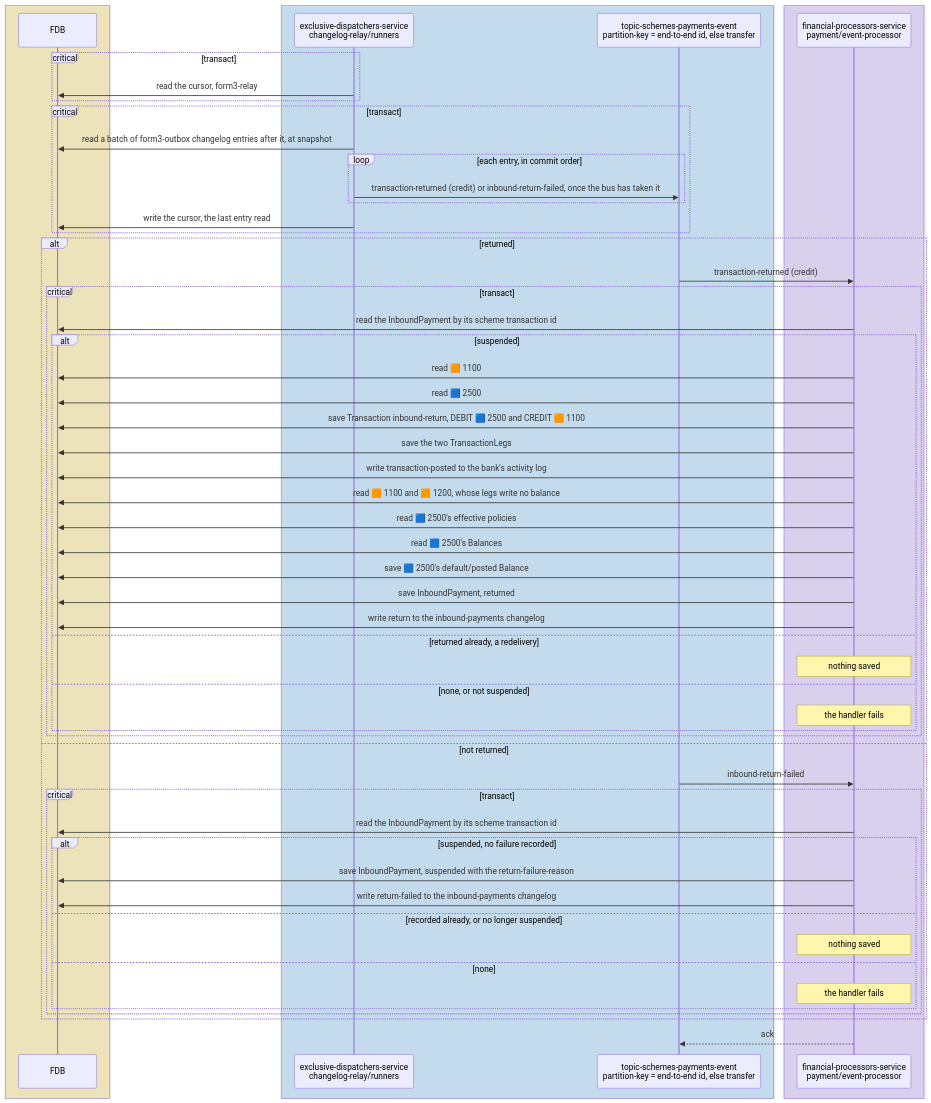
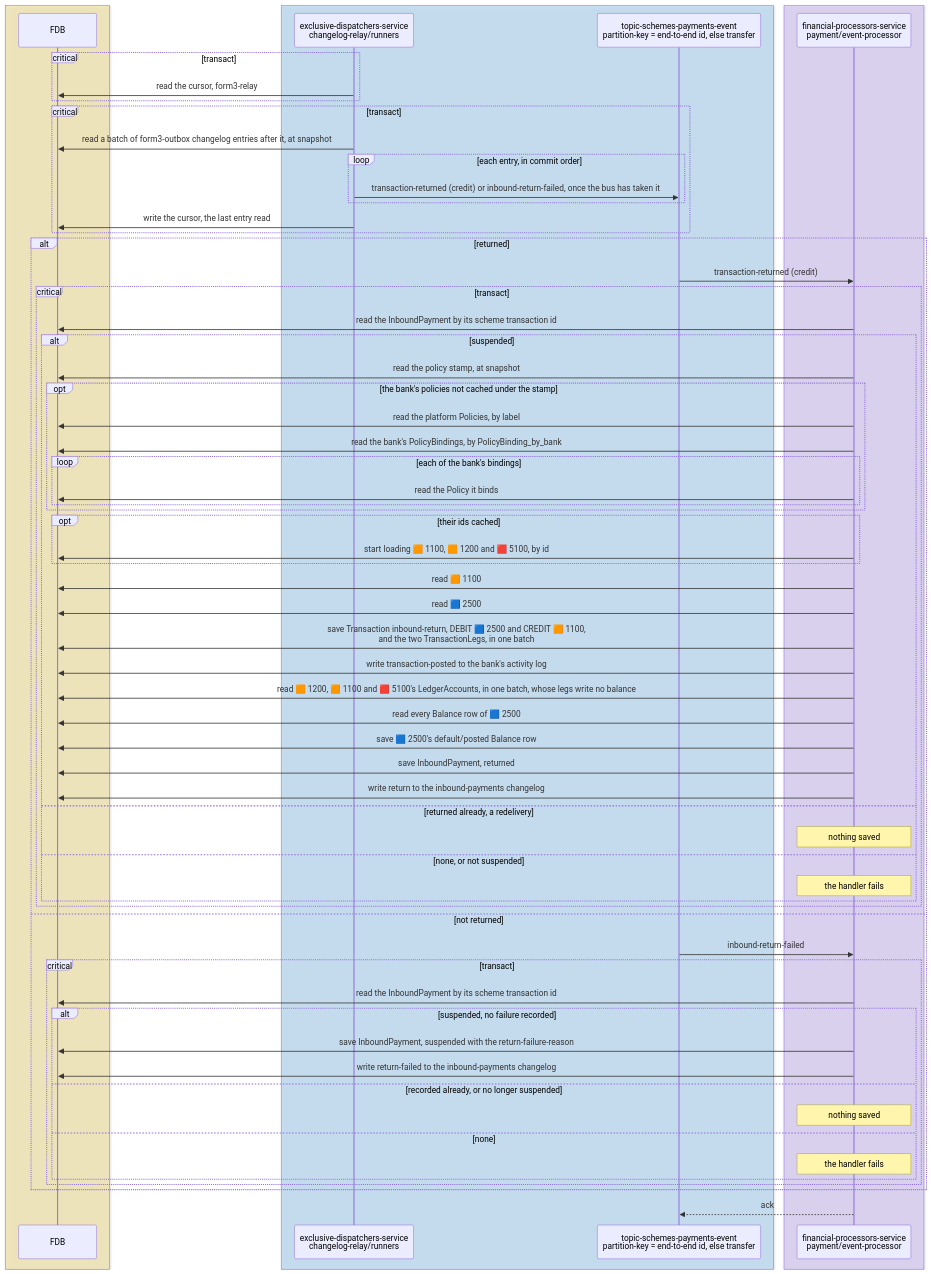
Diagram 15 of 15 in docs/tdd/payments-inbound.md (repldriven/queenswood), drawn with Mermaid before and after one commit. The commit also changed other lines of this file and 29 other files, not shown here.

````diff
--- a/docs/tdd/payments-inbound.md
+++ b/docs/tdd/payments-inbound.md
@@ -757,60 +852,69 @@
 ```mermaid
 sequenceDiagram
     box rgba(255, 236, 153, 0.5)
     participant DB as FDB
     end
     box rgba(165, 216, 255, 0.45)
     participant OR as exclusive-dispatchers-service<br/>changelog-relay/runners
     participant SE as topic-schemes-payments-event<br/>partition-key = end-to-end id, else transfer
     end
     box rgba(208, 191, 255, 0.45)
     participant PE as financial-processors-service<br/>payment/event-processor
     end
     critical transact
     OR->>DB: read the cursor, form3-relay
     end
     critical transact
     OR->>DB: read a batch of form3-outbox changelog entries after it, at snapshot
     loop each entry, in commit order
     OR->>SE: transaction-returned (credit) or inbound-return-failed, once the bus has taken it
     end
     OR->>DB: write the cursor, the last entry read
     end
     alt returned
     SE->>PE: transaction-returned (credit)
     critical transact
     PE->>DB: read the InboundPayment by its scheme transaction id
     alt suspended
+    PE->>DB: read the policy stamp, at snapshot
+    opt the bank's policies not cached under the stamp
+    PE->>DB: read the platform Policies, by label
+    PE->>DB: read the bank's PolicyBindings, by PolicyBinding_by_bank
+    loop each of the bank's bindings
+    PE->>DB: read the Policy it binds
+    end
+    end
+    opt their ids cached
+    PE->>DB: start loading 🟧 1100, 🟧 1200 and 🟥 5100, by id
+    end
     PE->>DB: read 🟧 1100
     PE->>DB: read 🟦 2500
-    PE->>DB: save Transaction inbound-return, DEBIT 🟦 2500 and CREDIT 🟧 1100
-    PE->>DB: save the two TransactionLegs
+    PE->>DB: save Transaction inbound-return, DEBIT 🟦 2500 and CREDIT 🟧 1100,<br/>and the two TransactionLegs, in one batch
     PE->>DB: write transaction-posted to the bank's activity log
-    PE->>DB: read 🟧 1100 and 🟧 1200, whose legs write no balance
-    PE->>DB: read 🟦 2500's effective policies
-    PE->>DB: read 🟦 2500's Balances
-    PE->>DB: save 🟦 2500's default/posted Balance
+    PE->>DB: read 🟧 1200, 🟧 1100 and 🟥 5100's LedgerAccounts, in one batch, whose legs write no balance
+    PE->>DB: read every Balance row of 🟦 2500
+    PE->>DB: save 🟦 2500's default/posted Balance row
     PE->>DB: save InboundPayment, returned
     PE->>DB: write return to the inbound-payments changelog
     else returned already, a redelivery
     Note over PE: nothing saved
     else none, or not suspended
     Note over PE: the handler fails
     end
     end
     else not returned
     SE->>PE: inbound-return-failed
     critical transact
     PE->>DB: read the InboundPayment by its scheme transaction id
     alt suspended, no failure recorded
     PE->>DB: save InboundPayment, suspended with the return-failure-reason
     PE->>DB: write return-failed to the inbound-payments changelog
     else recorded already, or no longer suspended
     Note over PE: nothing saved
     else none
     Note over PE: the handler fails
     end
     end
     end
     PE-->>SE: ack
 ```
````
